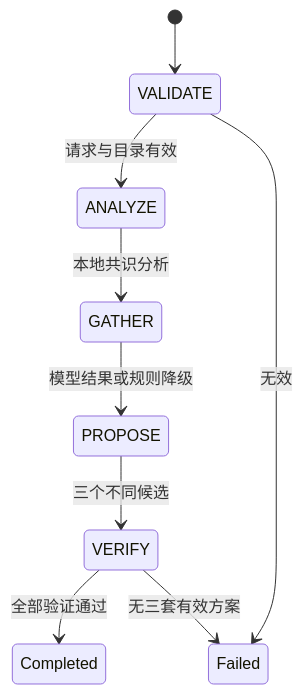
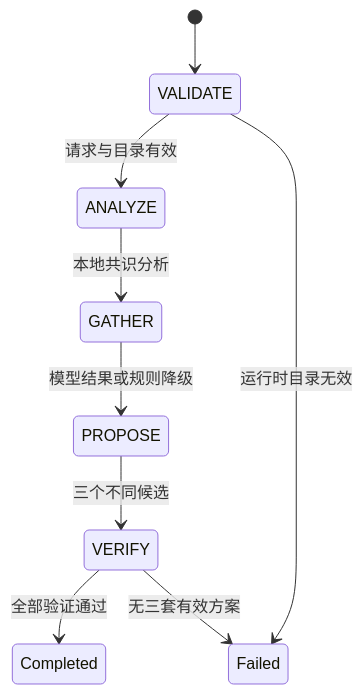
One commit to Elara-wu/weekend-merge changed the second of 2 diagrams in docs/ARCHITECTURE.md. Above: the diagram before and after it, drawn with Mermaid. The commit also changed other lines of this file and 2 other files, not shown here.

````diff
--- a/docs/ARCHITECTURE.md
+++ b/docs/ARCHITECTURE.md
@@ -24,11 +24,11 @@
 ```mermaid
 stateDiagram-v2
   [*] --> VALIDATE
   VALIDATE --> ANALYZE: 请求与目录有效
-  VALIDATE --> Failed: 无效
+  VALIDATE --> Failed: 运行时目录无效
   ANALYZE --> GATHER: 本地共识分析
   GATHER --> PROPOSE: 模型结果或规则降级
   PROPOSE --> VERIFY: 三个不同候选
   VERIFY --> Completed: 全部验证通过
   VERIFY --> Failed: 无三套有效方案
 ```
````
